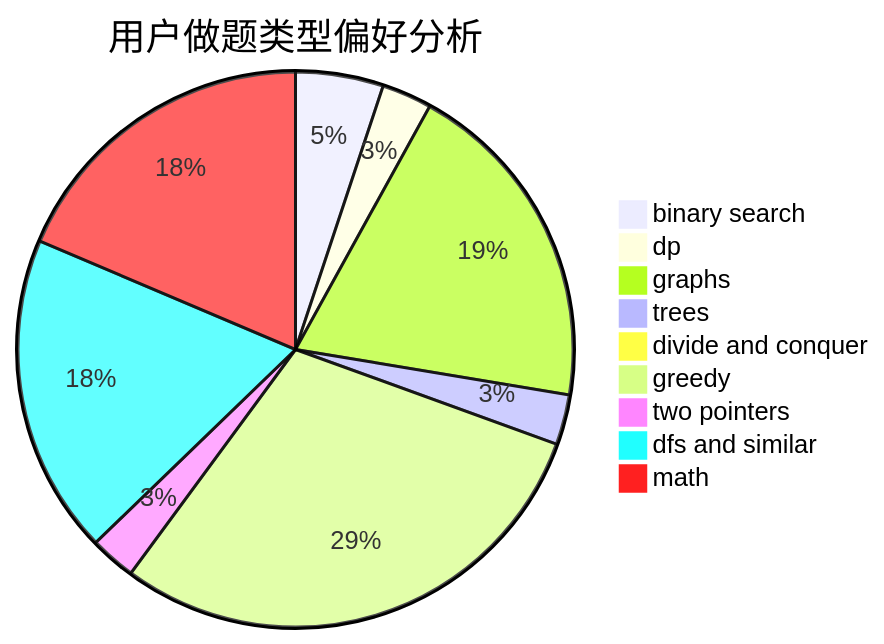
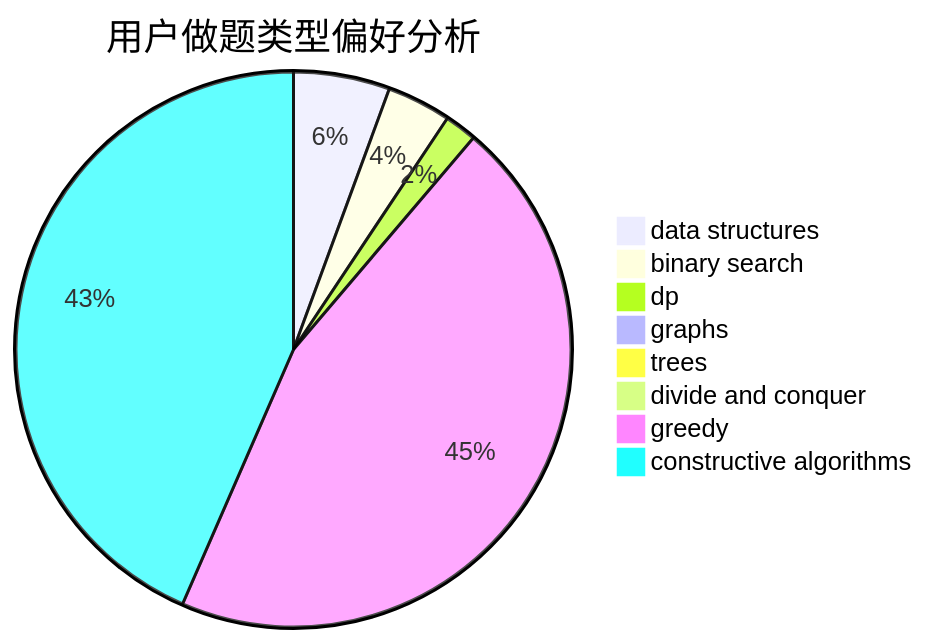
Before and after one commit to sherpahu/cfrs.github.io: the second of 3 diagrams in docs/user/u949.md, drawn with Mermaid. The commit also changed other lines of this file and 2775 other files, not shown here.

````diff
--- a/docs/user/u949.md
+++ b/docs/user/u949.md
@@ -23,12 +23,11 @@
 ```mermaid
 pie title 用户做题类型偏好分析
-    "binary search" :  42
-    "dp" :  24
-    "graphs" :  161
-    "trees" :  24
-    "divide and conquer" :  6
-    "greedy" :  243
-    "two pointers" :  22
-    "dfs and similar" :  153
-    "math" :  153
+    "data structures" :  12
+    "binary search" :  8
+    "dp" :  4
+    "graphs" :  0
+    "trees" :  0
+    "divide and conquer" :  0
+    "greedy" :  97
+    "constructive algorithms" :  93
 ```
````
